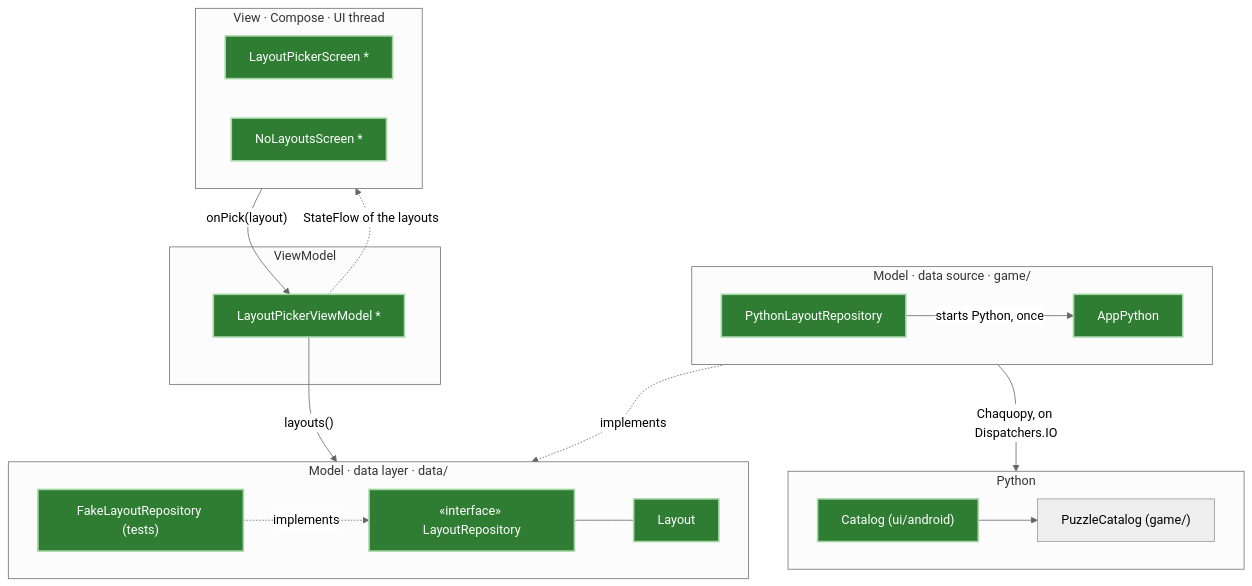
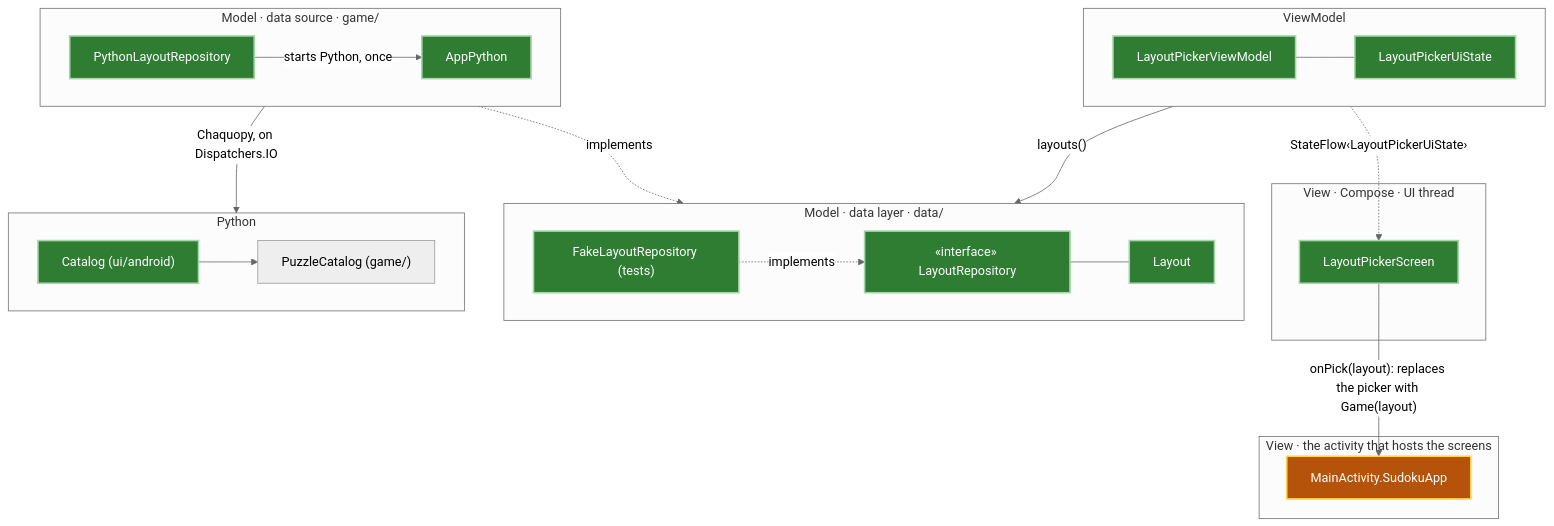
The fourth of 6 diagrams in android/docs/architecture.md (aivanov61/sudoku-solver), drawn with Mermaid (neutral theme) before and after one commit. The commit also changed other lines of this file and 12 other files, not shown here.

Commit message:
Navigate with Navigation 3 from the splash, which reads the layouts behind it, to the game on the only layout or to a layout picker that says when none can be played, each screen with its own ViewModels on a back stack saved through process death

````diff
--- a/android/docs/architecture.md
+++ b/android/docs/architecture.md
@@ -141,39 +150,44 @@
 ```mermaid
 flowchart TB
+    subgraph Host["View · the activity that hosts the screens"]
+        SudokuApp["MainActivity.SudokuApp"]
+    end
+
     subgraph View["View · Compose · UI thread"]
-        direction LR
-        LayoutPickerScreen["LayoutPickerScreen *"]
-        NoLayoutsScreen["NoLayoutsScreen *"]
+        LayoutPickerScreen
     end
 
     subgraph VM["ViewModel"]
-        LayoutPickerViewModel["LayoutPickerViewModel *"]
+        direction LR
+        LayoutPickerViewModel --- LayoutPickerUiState
     end
 
     subgraph DataLayer["Model · data layer · data/"]
         direction LR
         LayoutRepository["«interface» LayoutRepository"]
         FakeLayoutRepository["FakeLayoutRepository (tests)"] -. implements .-> LayoutRepository
         LayoutRepository --- Layout
     end
 
     subgraph DataSource["Model · data source · game/"]
         direction LR
         PythonLayoutRepository -- "starts Python, once" --> AppPython
     end
 
     subgraph Python["Python"]
         direction LR
         Catalog["Catalog (ui/android)"] --> PuzzleCatalog["PuzzleCatalog (game/)"]
     end
 
-    LayoutPickerScreen -- "onPick(layout)" --> LayoutPickerViewModel
-    LayoutPickerViewModel -. "StateFlow of the layouts" .-> LayoutPickerScreen
+    LayoutPickerScreen -- "onPick(layout): replaces the picker with Game(layout)" --> SudokuApp
+    LayoutPickerViewModel -. "StateFlow‹LayoutPickerUiState›" .-> LayoutPickerScreen
     LayoutPickerViewModel -- "layouts()" --> LayoutRepository
     PythonLayoutRepository -. implements .-> LayoutRepository
     PythonLayoutRepository -- "Chaquopy, on Dispatchers.IO" --> Catalog
 
     classDef new fill:#2e7d32,stroke:#a5d6a7,stroke-width:2px,color:#ffffff
-    class LayoutPickerScreen,NoLayoutsScreen,LayoutPickerViewModel,LayoutRepository,Layout new
+    classDef changed fill:#b45309,stroke:#fcd34d,stroke-width:2px,color:#ffffff
+    class SudokuApp changed
+    class LayoutPickerScreen,LayoutPickerViewModel,LayoutPickerUiState,LayoutRepository,Layout new
     class FakeLayoutRepository,PythonLayoutRepository,AppPython,Catalog new
 ```
````
